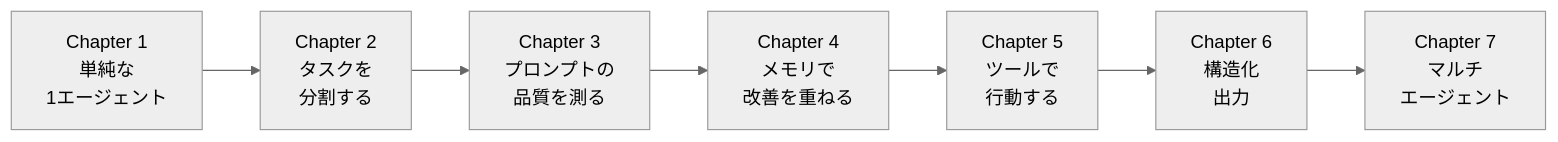
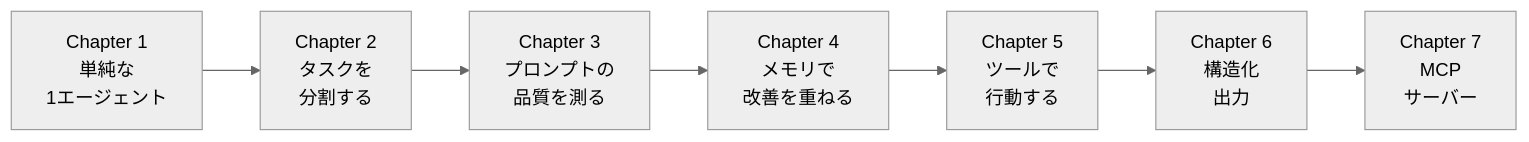
The diagram in README.md (snickerjp/mastra-agent-tutorial), drawn with Mermaid (neutral theme) before and after one commit. The commit also changed other lines of this file and 9 other files, not shown here.

First line of the commit message:
feat: Chapter 7 をマルチエージェントから MCP サーバーに差し替え

````diff
--- a/README.md
+++ b/README.md
@@ -38,9 +38,9 @@
 ```mermaid
 graph LR
     A[Chapter 1<br/>単純な<br/>1エージェント] --> B[Chapter 2<br/>タスクを<br/>分割する]
     B --> C[Chapter 3<br/>プロンプトの<br/>品質を測る]
     C --> D[Chapter 4<br/>メモリで<br/>改善を重ねる]
     D --> E[Chapter 5<br/>ツールで<br/>行動する]
     E --> F[Chapter 6<br/>構造化<br/>出力]
-    F --> G[Chapter 7<br/>マルチ<br/>エージェント]
+    F --> G[Chapter 7<br/>MCP<br/>サーバー]
 ```
````
